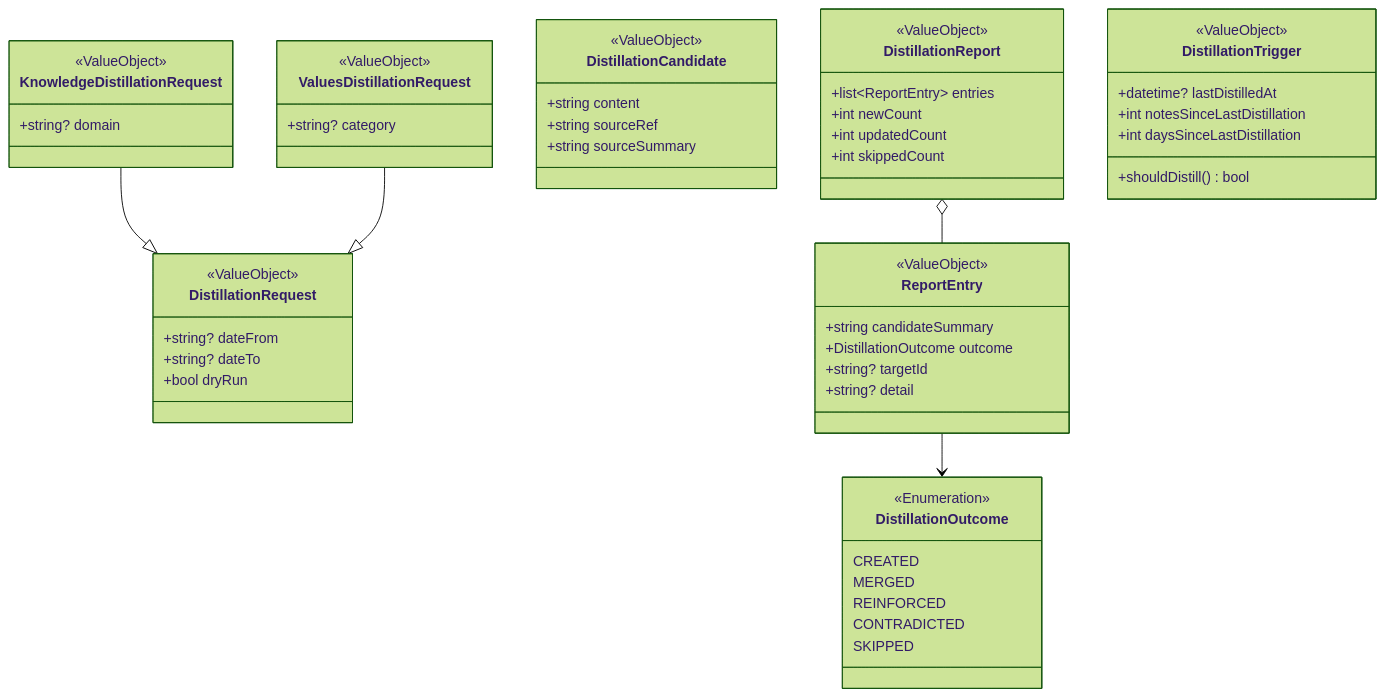
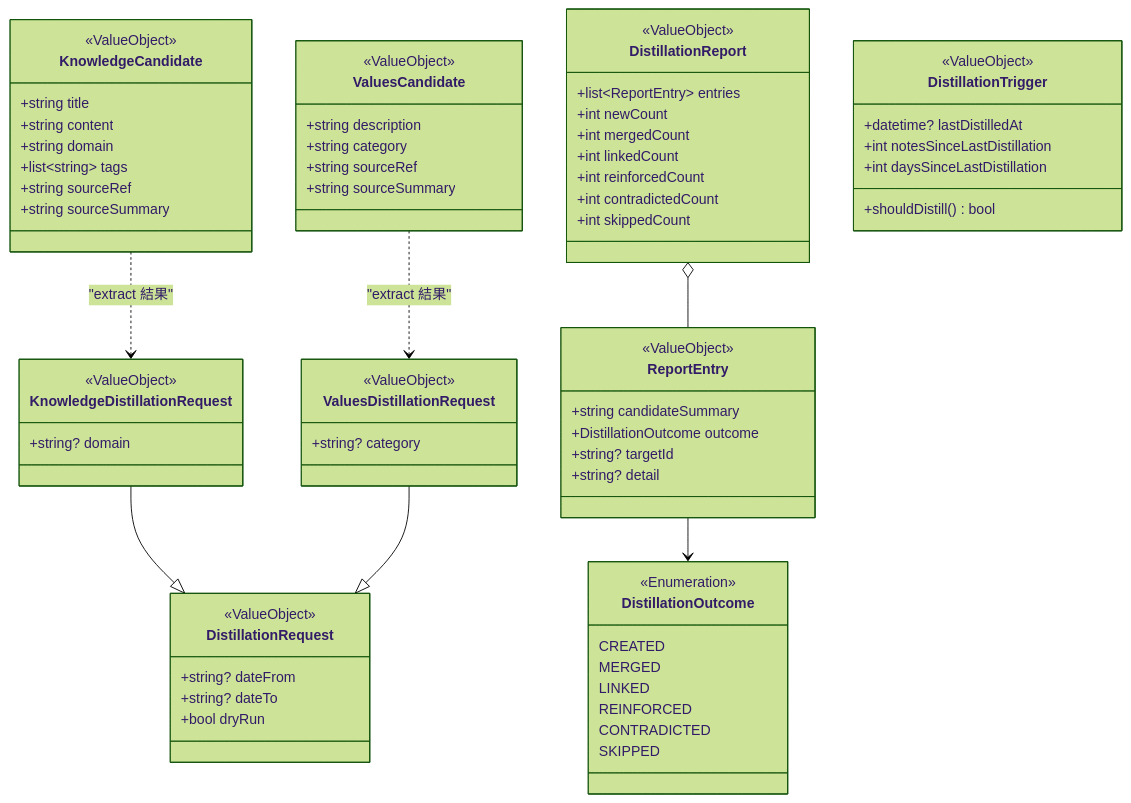
Before and after one commit to RK0429/agentic-memory: the fourth of 6 diagrams in docs/design/DOMAIN-MODEL-knowledge-values.md, drawn with Mermaid (forest theme). The commit also changed other lines of this file and 2 other files, not shown here.

Commit message:
docs: refine Knowledge/Values design docs for cross-document consistency
Update REQ, domain model, and architecture docs to align version info
(v0.13.0, 19 tools, 270+ tests), file path conventions, distillation
candidate types (KnowledgeCandidate/ValuesCandidate), integration action
semantics (LINK_RELATED), and search parameter flexibility.

````diff
--- a/docs/design/DOMAIN-MODEL-knowledge-values.md
+++ b/docs/design/DOMAIN-MODEL-knowledge-values.md
@@ -292,64 +295,81 @@
 ```mermaid
 classDiagram
     class DistillationRequest {
         <<ValueObject>>
         +string? dateFrom
         +string? dateTo
         +bool dryRun
     }
 
     class KnowledgeDistillationRequest {
         <<ValueObject>>
         +string? domain
     }
 
     class ValuesDistillationRequest {
         <<ValueObject>>
         +string? category
     }
 
-    class DistillationCandidate {
+    class KnowledgeCandidate {
         <<ValueObject>>
+        +string title
         +string content
+        +string domain
+        +list~string~ tags
+        +string sourceRef
+        +string sourceSummary
+    }
+
+    class ValuesCandidate {
+        <<ValueObject>>
+        +string description
+        +string category
         +string sourceRef
         +string sourceSummary
     }
 
     class DistillationReport {
         <<ValueObject>>
         +list~ReportEntry~ entries
         +int newCount
-        +int updatedCount
+        +int mergedCount
+        +int linkedCount
+        +int reinforcedCount
+        +int contradictedCount
         +int skippedCount
     }
 
     class ReportEntry {
         <<ValueObject>>
         +string candidateSummary
         +DistillationOutcome outcome
         +string? targetId
         +string? detail
     }
 
     class DistillationOutcome {
         <<Enumeration>>
         CREATED
         MERGED
+        LINKED
         REINFORCED
         CONTRADICTED
         SKIPPED
     }
 
     class DistillationTrigger {
         <<ValueObject>>
         +datetime? lastDistilledAt
         +int notesSinceLastDistillation
         +int daysSinceLastDistillation
         +shouldDistill() bool
     }
 
     KnowledgeDistillationRequest --|> DistillationRequest
     ValuesDistillationRequest --|> DistillationRequest
     DistillationReport o-- ReportEntry
     ReportEntry --> DistillationOutcome
+    KnowledgeCandidate ..> KnowledgeDistillationRequest : "extract 結果"
+    ValuesCandidate ..> ValuesDistillationRequest : "extract 結果"
 ```
````
